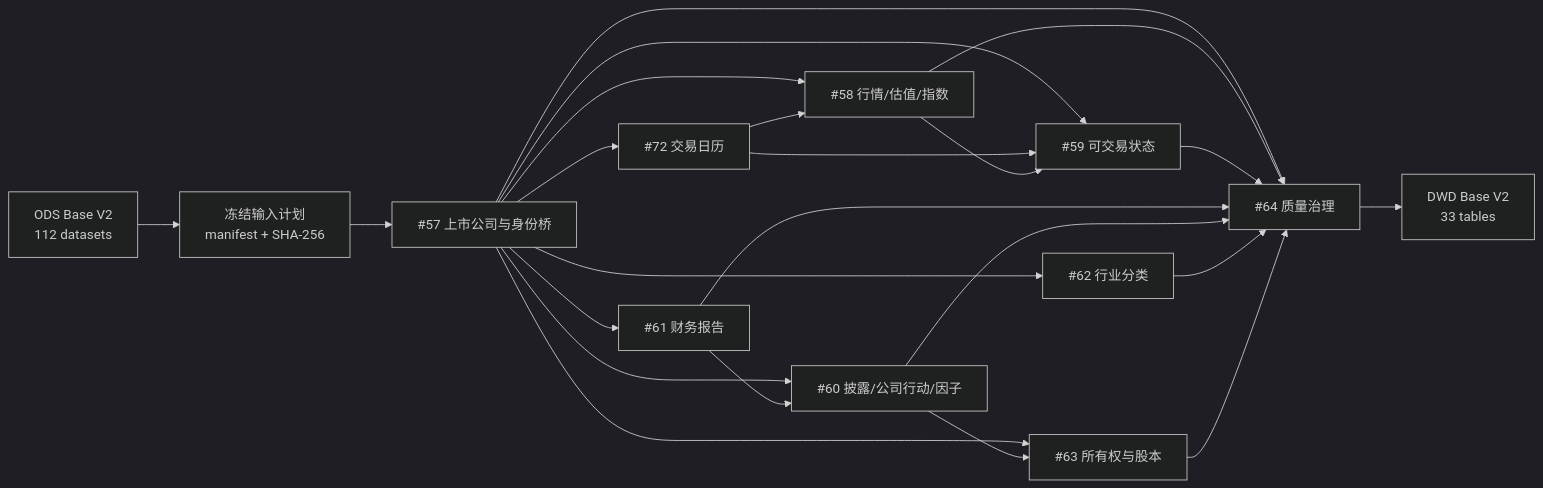
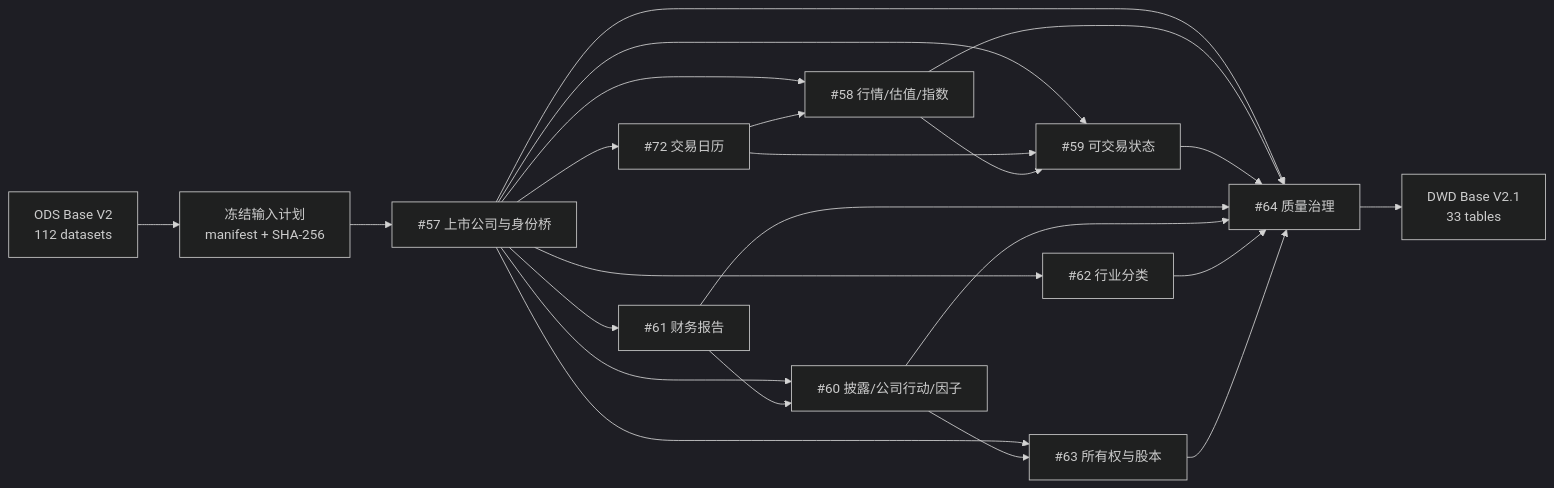
Before and after one commit to rv198-star/Quanthus: the first of 2 diagrams in docs/design/lld/01-data-foundation/ods-to-dwd-lineage.md, drawn with Mermaid (dark theme). The commit also changed other lines of this file and 33 other files, not shown here.

Commit message:
release(data): promote DWD Base V2.1 Build202607

````diff
--- a/docs/design/lld/01-data-foundation/ods-to-dwd-lineage.md
+++ b/docs/design/lld/01-data-foundation/ods-to-dwd-lineage.md
@@ -46,25 +46,25 @@
 ```mermaid
 flowchart LR
     O[ODS Base V2<br/>112 datasets] --> P[冻结输入计划<br/>manifest + SHA-256]
     P --> I[#57 上市公司与身份桥]
     I --> C[#72 交易日历]
     I --> M[#58 行情/估值/指数]
     C --> M
     I --> T[#59 可交易状态]
     C --> T
     M --> T
     I --> F[#61 财务报告]
     I --> E[#60 披露/公司行动/因子]
     F --> E
     I --> D[#62 行业分类]
     I --> H[#63 所有权与股本]
     E --> H
     I --> Q[#64 质量治理]
     M --> Q
     T --> Q
     F --> Q
     E --> Q
     D --> Q
     H --> Q
-    Q --> B[DWD Base V2<br/>33 tables]
+    Q --> B[DWD Base V2.1<br/>33 tables]
 ```
````
